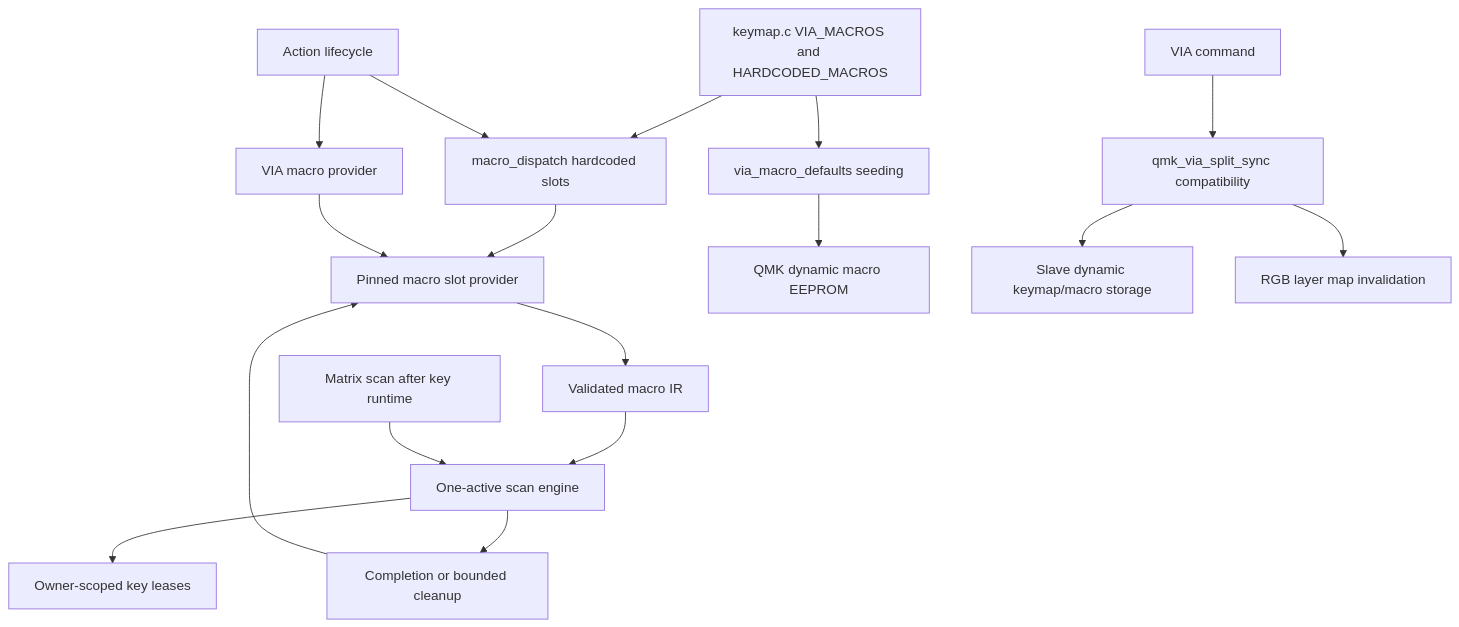
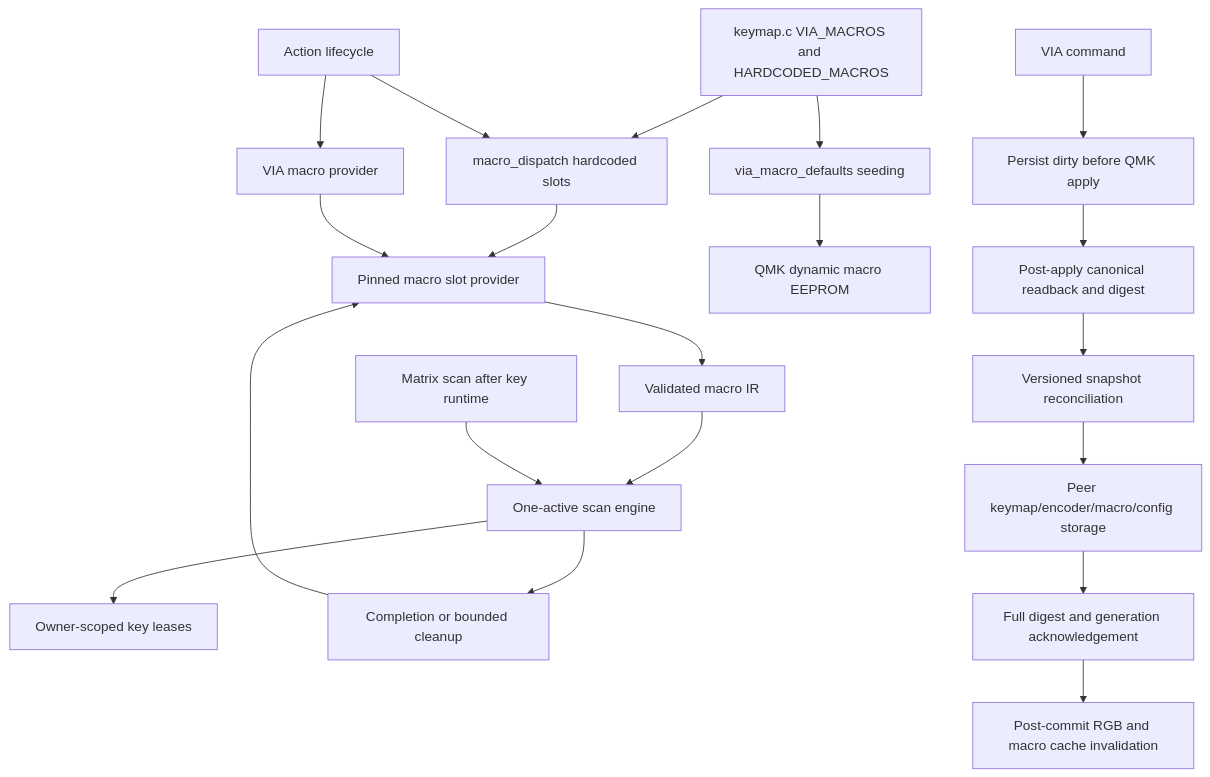
The ninth of 10 diagrams in docs/architecture/runtime-flow.md (NoahCLR/charybdis-4x6), drawn with Mermaid before and after one commit. The commit also changed other lines of this file and 46 other files, not shown here.

First line of the commit message:
Implement durable VIA split reconciliation

````diff
--- a/docs/architecture/runtime-flow.md
+++ b/docs/architecture/runtime-flow.md
@@ -213,19 +213,22 @@
 ```mermaid
 flowchart TD
     keymap["keymap.c VIA_MACROS and HARDCODED_MACROS"] --> hardcoded["macro_dispatch hardcoded slots"]
     keymap --> via_defaults["via_macro_defaults seeding"]
     action["Action lifecycle"] --> via_play["VIA macro provider"]
     action --> hardcoded
     hardcoded --> provider["Pinned macro slot provider"]
     via_play --> provider
     provider --> payload["Validated macro IR"]
     payload --> engine["One-active scan engine"]
     scan["Matrix scan after key runtime"] --> engine
     engine --> leases["Owner-scoped key leases"]
     engine --> finish["Completion or bounded cleanup"]
     finish --> provider
     via_defaults --> storage["QMK dynamic macro EEPROM"]
-    via_command["VIA command"] --> via_split["qmk_via_split_sync compatibility"]
-    via_split --> slave["Slave dynamic keymap/macro storage"]
-    via_split --> rgb_invalidate["RGB layer map invalidation"]
+    via_command["VIA command"] --> dirty["Persist dirty before QMK apply"]
+    dirty --> committed["Post-apply canonical readback and digest"]
+    committed --> via_split["Versioned snapshot reconciliation"]
+    via_split --> slave["Peer keymap/encoder/macro/config storage"]
+    slave --> verify["Full digest and generation acknowledgement"]
+    verify --> rgb_invalidate["Post-commit RGB and macro cache invalidation"]
 ```
````
